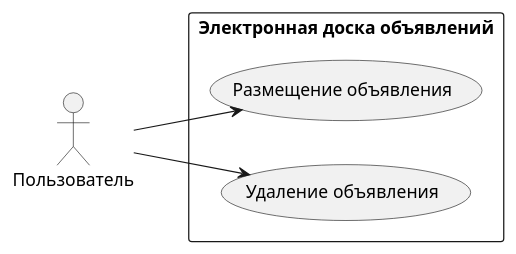
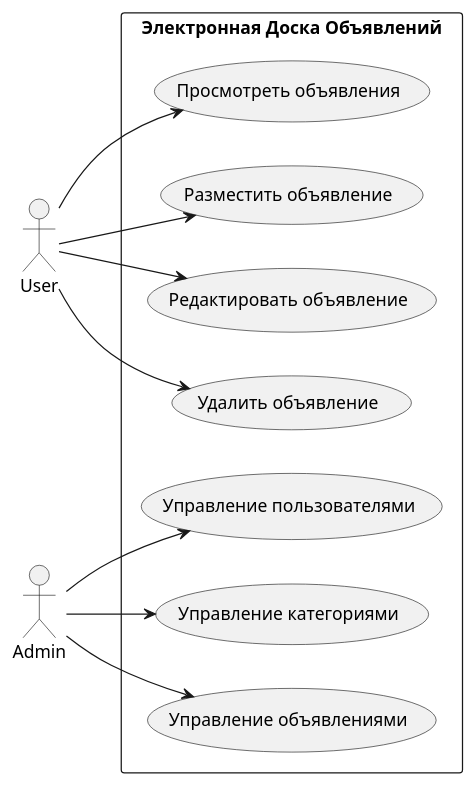
Before and after one commit to Faolan2077/TMP: the diagram in Praktika1/useCase.puml, drawn with PlantUML.

```diff
--- a/Praktika1/useCase.puml
+++ b/Praktika1/useCase.puml
@@ -1,12 +1,24 @@
 @startuml
 left to right direction
-skinparam packageStyle rectangle
-actor Пользователь as User
+actor User
+actor Admin
 
-rectangle "Электронная доска объявлений" {
-  usecase "Размещение объявления" as PlaceAd
-  usecase "Удаление объявления" as DeleteAd
-  User --> PlaceAd
-  User --> DeleteAd
+rectangle "Электронная Доска Объявлений" {
+  usecase "Просмотреть объявления" as UC1
+  usecase "Разместить объявление" as UC2
+  usecase "Редактировать объявление" as UC3
+  usecase "Удалить объявление" as UC4
+  usecase "Управление пользователями" as UC5
+  usecase "Управление категориями" as UC6
+  usecase "Управление объявлениями" as UC7
 }
+
+User --> UC1
+User --> UC2
+User --> UC3
+User --> UC4
+Admin --> UC5
+Admin --> UC6
+Admin --> UC7
+
 @enduml
```
